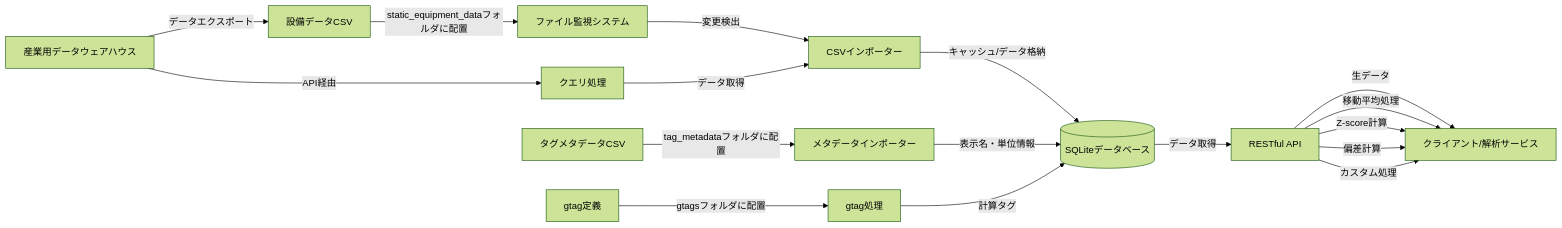
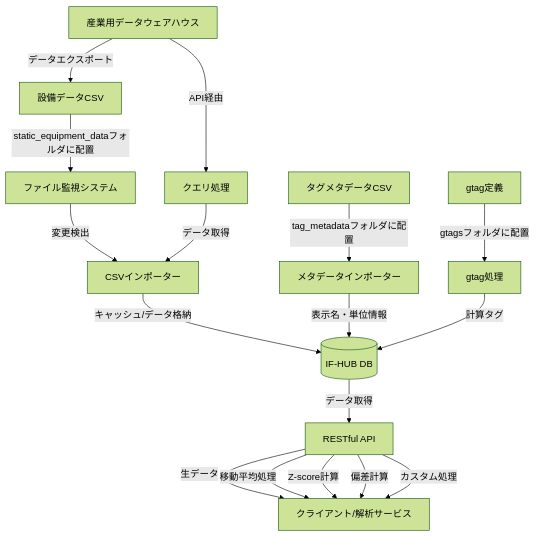
The diagram in README.md (toorpia/if-hub), drawn with Mermaid (forest theme) before and after one commit. The commit also changed other lines of this file, not shown here.

Commit message:
docs: データフロー図を改善 - 横向き(LR)から縦向き(TB)レイアウトに変更し可読性向上 - データベース表記を'SQLiteデータベース'から'IF-HUB DB'に変更 - コンポーネント配置を論理的なグループにまとめて整理

````diff
--- a/README.md
+++ b/README.md
@@ -86,19 +86,24 @@
 ```mermaid
-graph LR
+graph TB
     Z[産業用データウェアハウス] -->|データエクスポート| A[設備データCSV]
     Z -->|API経由| K[クエリ処理]
+    
     A -->|static_equipment_dataフォルダに配置| B[ファイル監視システム]
+    G[タグメタデータCSV] -->|tag_metadataフォルダに配置| H[メタデータインポーター]
+    I[gtag定義] -->|gtagsフォルダに配置| J[gtag処理]
+    
     B -->|変更検出| C[CSVインポーター]
     K -->|データ取得| C
-    C -->|キャッシュ/データ格納| D[(SQLiteデータベース)]
+    
+    C -->|キャッシュ/データ格納| D[(IF-HUB DB)]
+    H -->|表示名・単位情報| D
+    J -->|計算タグ| D
+    
     D -->|データ取得| E[RESTful API]
+    
     E -->|生データ| F[クライアント/解析サービス]
     E -->|移動平均処理| F
     E -->|Z-score計算| F
     E -->|偏差計算| F
     E -->|カスタム処理| F
-    G[タグメタデータCSV] -->|tag_metadataフォルダに配置| H[メタデータインポーター]
-    H -->|表示名・単位情報| D
-    I[gtag定義] -->|gtagsフォルダに配置| J[gtag処理]
-    J -->|計算タグ| D
 ```
````
